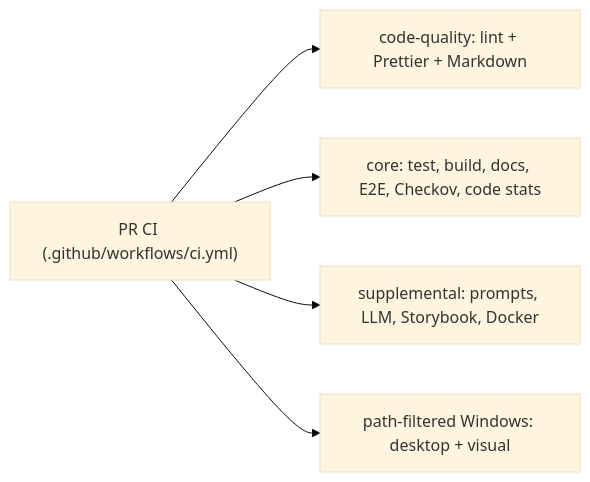
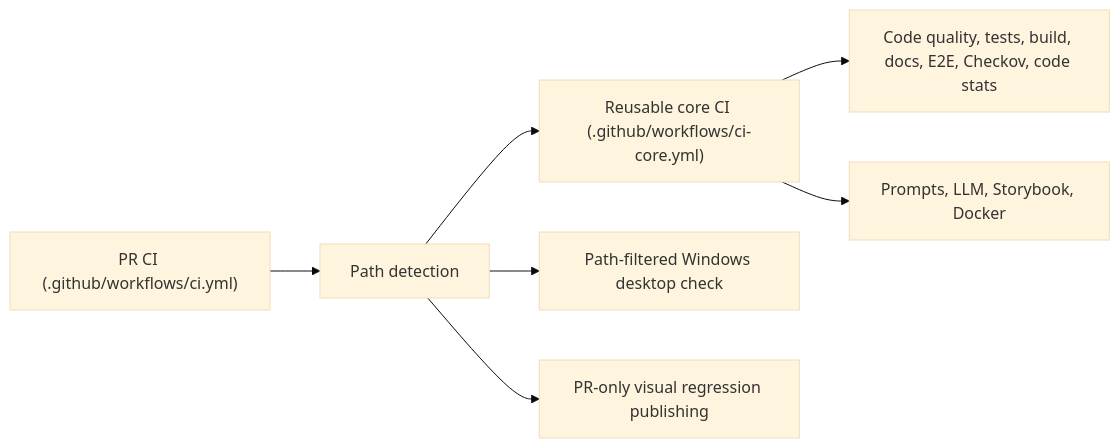
The third of 4 diagrams in README.md (Chronote-gg/Chronote), drawn with Mermaid (base theme) before and after one commit. The commit also changed other lines of this file and 4 other files, not shown here.

````diff
--- a/README.md
+++ b/README.md
@@ -113,7 +113,9 @@
 ```mermaid
 flowchart LR
-  A["PR CI (.github/workflows/ci.yml)"] --> B["code-quality: lint + Prettier + Markdown"]
-  A --> C["core: test, build, docs, E2E, Checkov, code stats"]
-  A --> D["supplemental: prompts, LLM, Storybook, Docker"]
-  A --> E["path-filtered Windows: desktop + visual"]
+  A["PR CI (.github/workflows/ci.yml)"] --> B["Path detection"]
+  B --> C["Reusable core CI (.github/workflows/ci-core.yml)"]
+  C --> D["Code quality, tests, build, docs, E2E, Checkov, code stats"]
+  C --> E["Prompts, LLM, Storybook, Docker"]
+  B --> F["Path-filtered Windows desktop check"]
+  B --> G["PR-only visual regression publishing"]
 ```
````
